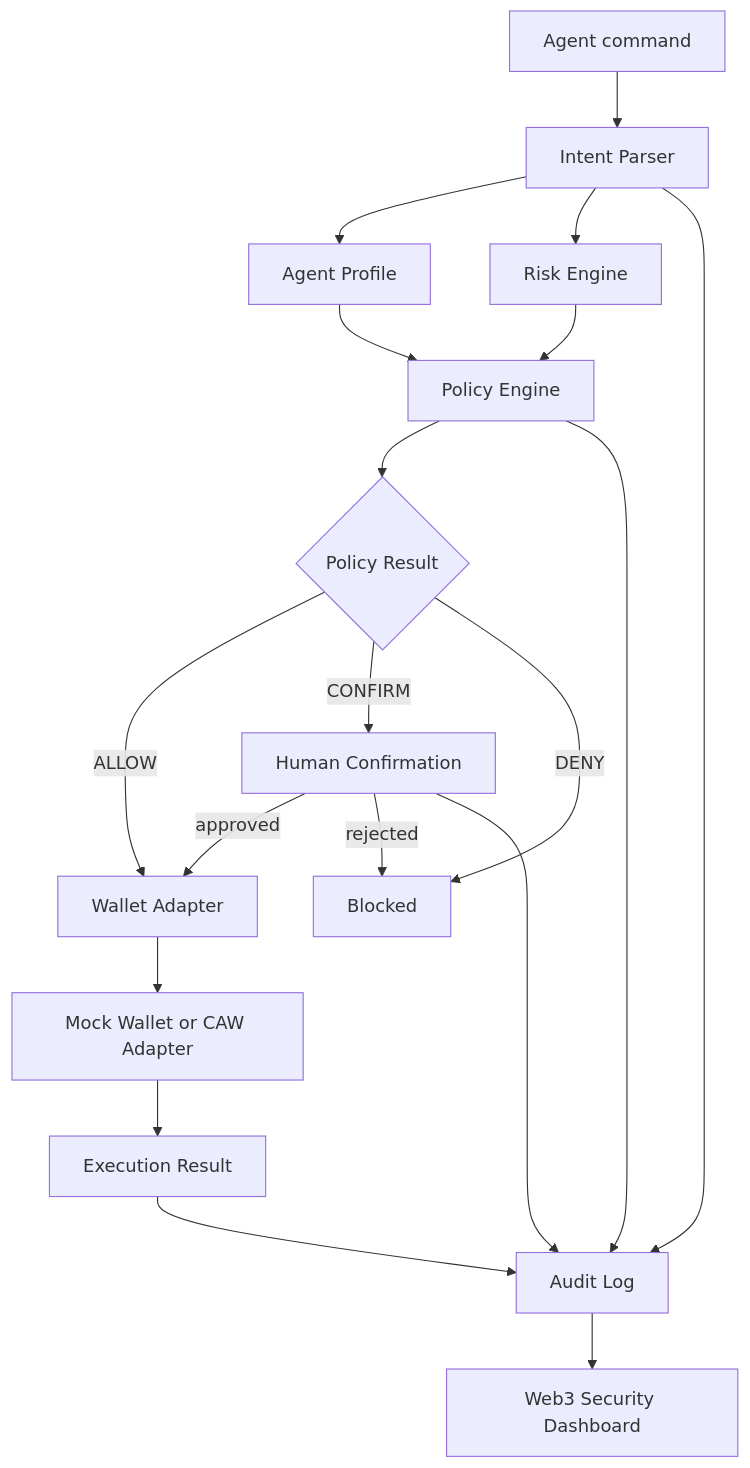
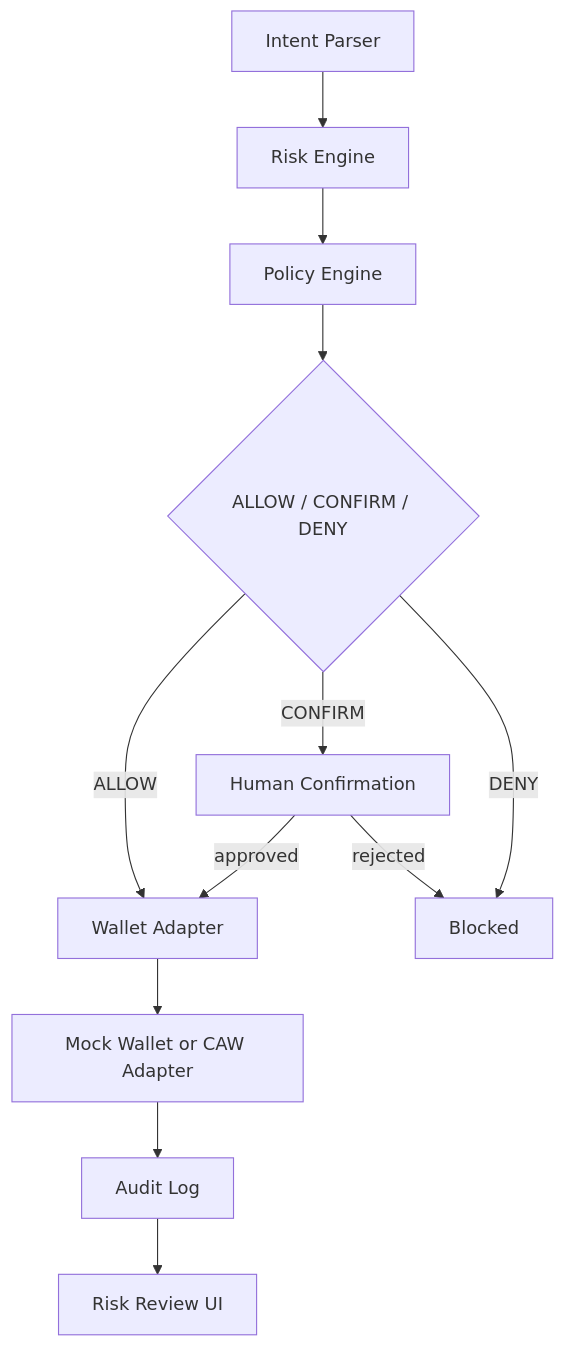
Before and after one commit to tz-hao/guardian-agent-wallet: the first of 2 diagrams in README.md, drawn with Mermaid. The commit also changed other lines of this file and 27 other files, not shown here.

````diff
--- a/README.md
+++ b/README.md
@@ -39,21 +34,14 @@
 ```mermaid
 flowchart TD
-  A["Agent command"] --> B["Intent Parser"]
-  B --> C["Agent Profile"]
-  C --> D["Policy Engine"]
-  B --> E["Risk Engine"]
-  E --> D
-  D --> F{"Policy Result"}
-  F -->|"ALLOW"| G["Wallet Adapter"]
-  F -->|"CONFIRM"| H["Human Confirmation"]
-  F -->|"DENY"| I["Blocked"]
-  H -->|"approved"| G
-  H -->|"rejected"| I
-  G --> J["Mock Wallet or CAW Adapter"]
-  J --> K["Execution Result"]
-  B --> L["Audit Log"]
-  D --> L
-  H --> L
-  K --> L
-  L --> M["Web3 Security Dashboard"]
+  A["Intent Parser"] --> B["Risk Engine"]
+  B --> C["Policy Engine"]
+  C --> D{"ALLOW / CONFIRM / DENY"}
+  D -->|"ALLOW"| E["Wallet Adapter"]
+  D -->|"CONFIRM"| F["Human Confirmation"]
+  D -->|"DENY"| G["Blocked"]
+  F -->|"approved"| E
+  F -->|"rejected"| G
+  E --> H["Mock Wallet or CAW Adapter"]
+  H --> I["Audit Log"]
+  I --> J["Risk Review UI"]
 ```
````
